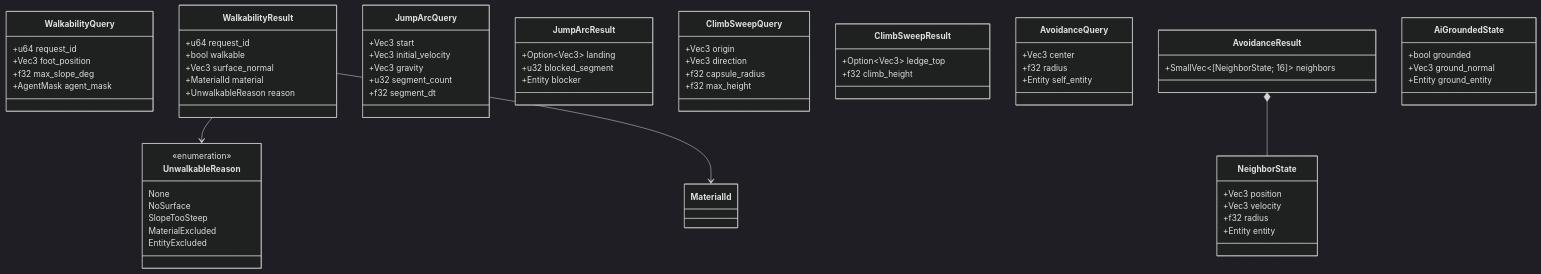
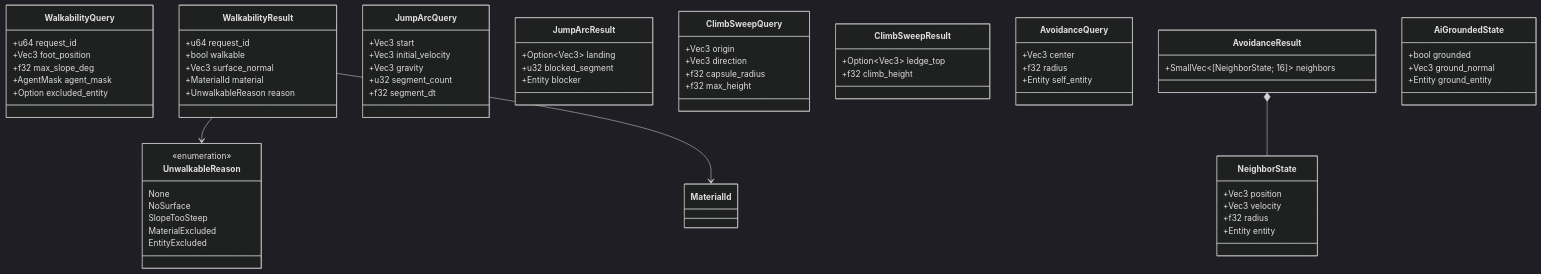
One commit to harmonius-dev/harmonius changed the first of 2 diagrams in docs/design/integration/ai-physics.md. Above: the diagram before and after it, drawn with Mermaid (dark theme). The commit also changed 14 other files, not shown here.

````diff
--- a/docs/design/integration/ai-physics.md
+++ b/docs/design/integration/ai-physics.md
@@ -60,68 +60,69 @@
 ```mermaid
 classDiagram
     class WalkabilityQuery {
         +u64 request_id
         +Vec3 foot_position
         +f32 max_slope_deg
         +AgentMask agent_mask
+        +Option excluded_entity
     }
     class WalkabilityResult {
         +u64 request_id
         +bool walkable
         +Vec3 surface_normal
         +MaterialId material
         +UnwalkableReason reason
     }
     class UnwalkableReason {
         <<enumeration>>
         None
         NoSurface
         SlopeTooSteep
         MaterialExcluded
         EntityExcluded
     }
     class JumpArcQuery {
         +Vec3 start
         +Vec3 initial_velocity
         +Vec3 gravity
         +u32 segment_count
         +f32 segment_dt
     }
     class JumpArcResult {
         +Option~Vec3~ landing
         +u32 blocked_segment
         +Entity blocker
     }
     class ClimbSweepQuery {
         +Vec3 origin
         +Vec3 direction
         +f32 capsule_radius
         +f32 max_height
     }
     class ClimbSweepResult {
         +Option~Vec3~ ledge_top
         +f32 climb_height
     }
     class AvoidanceQuery {
         +Vec3 center
         +f32 radius
         +Entity self_entity
     }
     class NeighborState {
         +Vec3 position
         +Vec3 velocity
         +f32 radius
         +Entity entity
     }
     class AvoidanceResult {
         +SmallVec~[NeighborState; 16]~ neighbors
     }
     class AiGroundedState {
         +bool grounded
         +Vec3 ground_normal
         +Entity ground_entity
     }
     WalkabilityResult --> UnwalkableReason
     WalkabilityResult --> MaterialId
     AvoidanceResult *-- NeighborState
 ```
````
